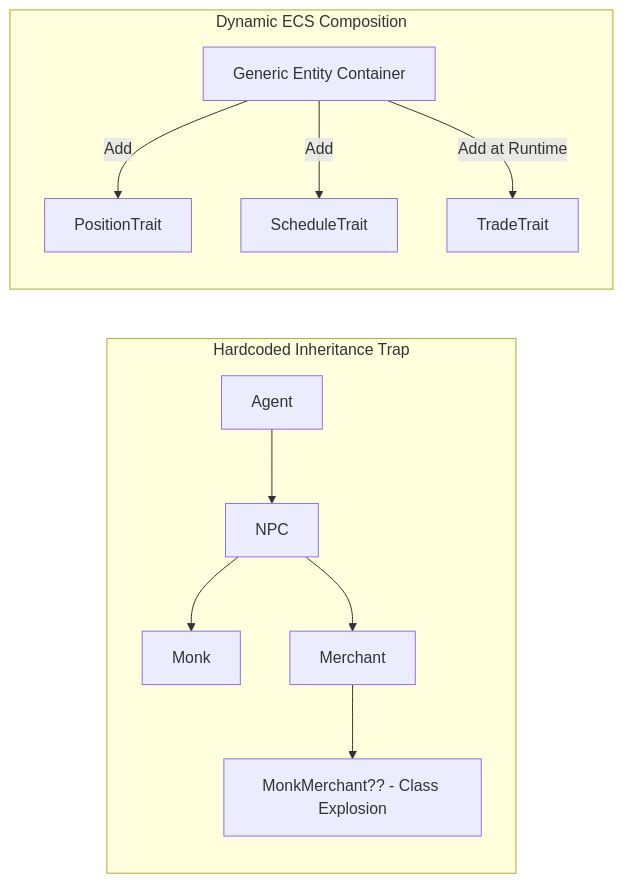
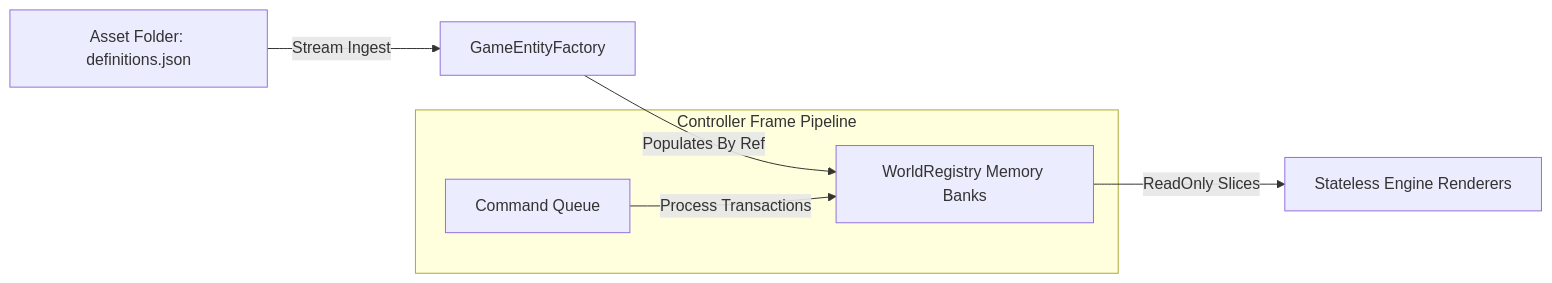
The third of 3 diagrams in docs/ecs_mvc.md (cheomanigua/csharp-docs), drawn with Mermaid before and after one commit. The commit also changed other lines of this file and 5 other files, not shown here.

````diff
--- a/docs/ecs_mvc.md
+++ b/docs/ecs_mvc.md
@@ -45,16 +448,12 @@
 ```mermaid
 graph LR
-    subgraph Hardcoded Inheritance Trap
-        C[Agent] --> D[NPC]
-        D --> E[Monk]
-        D --> F[Merchant]
-        F --> G[MonkMerchant?? - Class Explosion]
+    Disk[Asset Folder: definitions.json] -->|Stream Ingest| Factory[GameEntityFactory]
+    Factory -->|Populates By Ref| Registry[WorldRegistry Memory Banks]
+    
+    subgraph Execution Loop [Controller Frame Pipeline]
+        Commands[Command Queue] -->|Process Transactions| Registry
     end
-
-    subgraph Dynamic ECS Composition
-        Entity[Generic Entity Container] -->|Add| C1[PositionTrait]
-        Entity -->|Add| C2[ScheduleTrait]
-        Entity -->|Add at Runtime| C3[TradeTrait]
-    end
+    
+    Registry -->|ReadOnly Slices| View[Stateless Engine Renderers]
 
 ```
````
